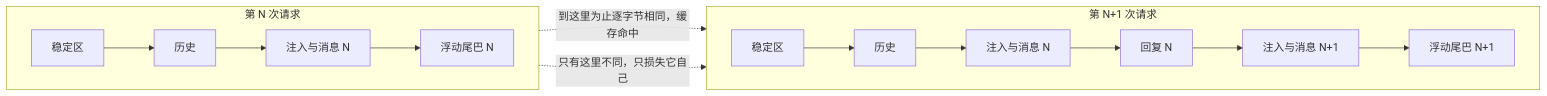
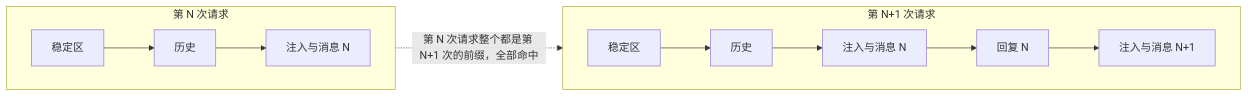
Before and after one commit to SHORiN-KiWATA/miyu-agent-remake: the second of 2 diagrams in docs/designs/08-上下文投影.md, drawn with Mermaid. The commit also changed other lines of this file and 21 other files, not shown here.

````diff
--- a/docs/designs/08-上下文投影.md
+++ b/docs/designs/08-上下文投影.md
@@ -101,13 +103,12 @@
 ```mermaid
 flowchart LR
     subgraph n["第 N 次请求"]
         direction LR
-        a1["稳定区"] --> a2["历史"] --> a3["注入与消息 N"] --> a4["浮动尾巴 N"]
+        a1["稳定区"] --> a2["历史"] --> a3["注入与消息 N"]
     end
     subgraph n1["第 N+1 次请求"]
         direction LR
-        b1["稳定区"] --> b2["历史"] --> b3["注入与消息 N"] --> b5["回复 N"] --> b6["注入与消息 N+1"] --> b7["浮动尾巴 N+1"]
+        b1["稳定区"] --> b2["历史"] --> b3["注入与消息 N"] --> b5["回复 N"] --> b6["注入与消息 N+1"]
     end
-    a3 -. "到这里为止逐字节相同，缓存命中" .-> b3
-    a4 -. "只有这里不同，只损失它自己" .-> b5
+    a3 -. "第 N 次请求整个都是第 N+1 次的前缀，全部命中" .-> b3
 ```
````
